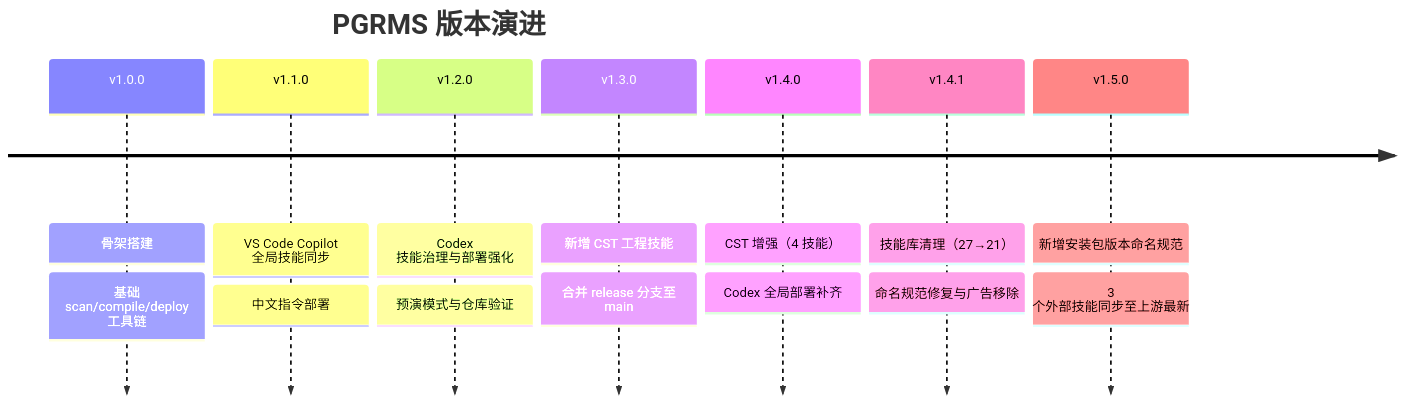
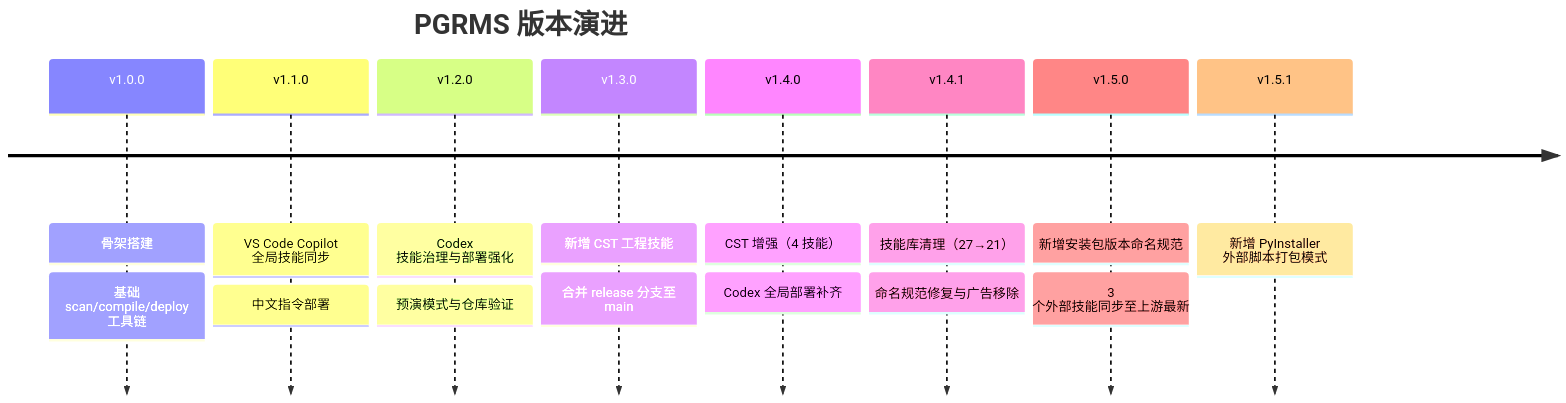
The third of 3 diagrams in README.md (cr20085361/my_ai_skills), drawn with Mermaid before and after one commit. The commit also changed other lines of this file and 3 other files, not shown here.

````diff
--- a/README.md
+++ b/README.md
@@ -74,18 +74,19 @@
 ```mermaid
 timeline
     title PGRMS 版本演进
     v1.0.0 : 骨架搭建
            : 基础 scan/compile/deploy 工具链
     v1.1.0 : VS Code Copilot 全局技能同步
            : 中文指令部署
     v1.2.0 : Codex 技能治理与部署强化
            : 预演模式与仓库验证
     v1.3.0 : 新增 CST 工程技能
            : 合并 release 分支至 main
     v1.4.0 : CST 增强（4 技能）
            : Codex 全局部署补齐
     v1.4.1 : 技能库清理（27→21）
            : 命名规范修复与广告移除
     v1.5.0 : 新增安装包版本命名规范
            : 3 个外部技能同步至上游最新
+    v1.5.1 : 新增 PyInstaller 外部脚本打包模式
 ```
````
